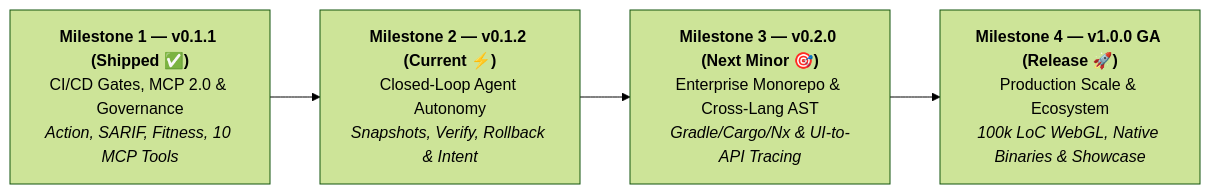
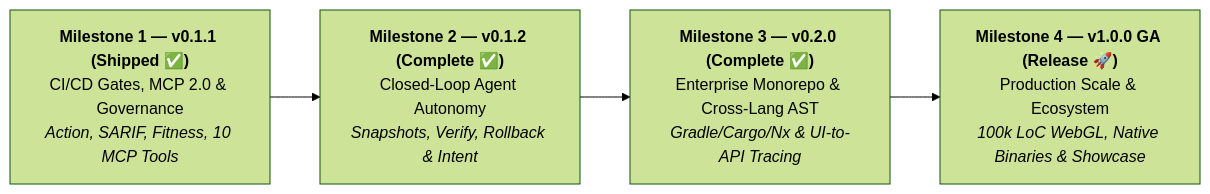
One commit to fmatar/archlens changed the diagram in ROADMAP.md. Above: the diagram before and after it, drawn with Mermaid (forest theme). The commit also changed other lines of this file and 13 other files, not shown here.

Commit message:
feat(scanner): implement Milestone 3 v0.2.0 monorepo discovery, cross-lang HTTP tracing, and Go 1.23 / Python 3.12 AST idioms (#3001)

````diff
--- a/ROADMAP.md
+++ b/ROADMAP.md
@@ -9,9 +9,9 @@
 ```mermaid
 flowchart LR
     M1["<b>Milestone 1 — v0.1.1 (Shipped ✅)</b><br/>CI/CD Gates, MCP 2.0 & Governance<br/><i>Action, SARIF, Fitness, 10 MCP Tools</i>"]
-    M2["<b>Milestone 2 — v0.1.2 (Current ⚡)</b><br/>Closed-Loop Agent Autonomy<br/><i>Snapshots, Verify, Rollback & Intent</i>"]
-    M3["<b>Milestone 3 — v0.2.0 (Next Minor 🎯)</b><br/>Enterprise Monorepo & Cross-Lang AST<br/><i>Gradle/Cargo/Nx & UI-to-API Tracing</i>"]
+    M2["<b>Milestone 2 — v0.1.2 (Complete ✅)</b><br/>Closed-Loop Agent Autonomy<br/><i>Snapshots, Verify, Rollback & Intent</i>"]
+    M3["<b>Milestone 3 — v0.2.0 (Complete ✅)</b><br/>Enterprise Monorepo & Cross-Lang AST<br/><i>Gradle/Cargo/Nx & UI-to-API Tracing</i>"]
     M4["<b>Milestone 4 — v1.0.0 GA (Release 🚀)</b><br/>Production Scale & Ecosystem<br/><i>100k LoC WebGL, Native Binaries & Showcase</i>"]
 
     M1 --> M2 --> M3 --> M4
 ```
````
